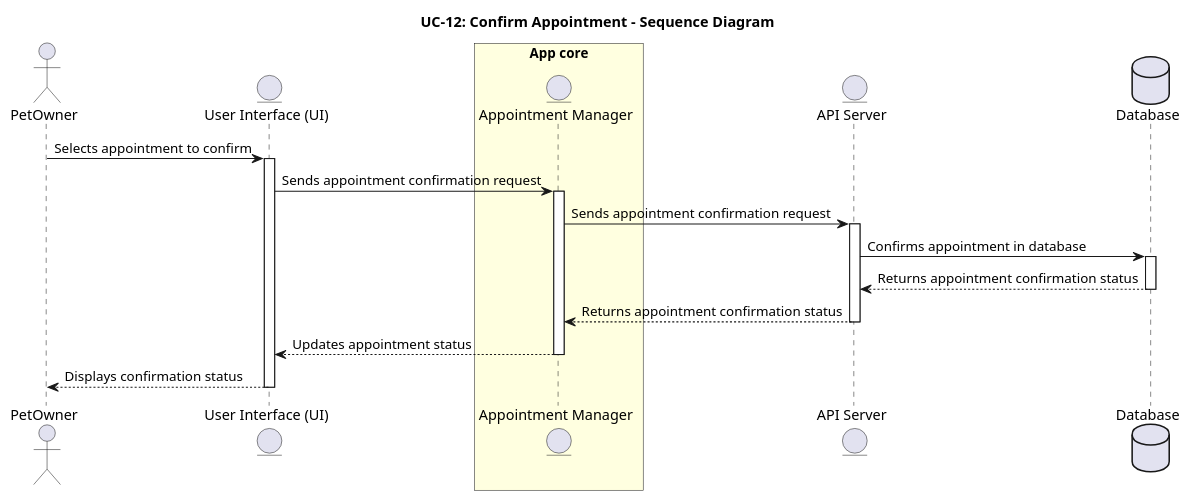
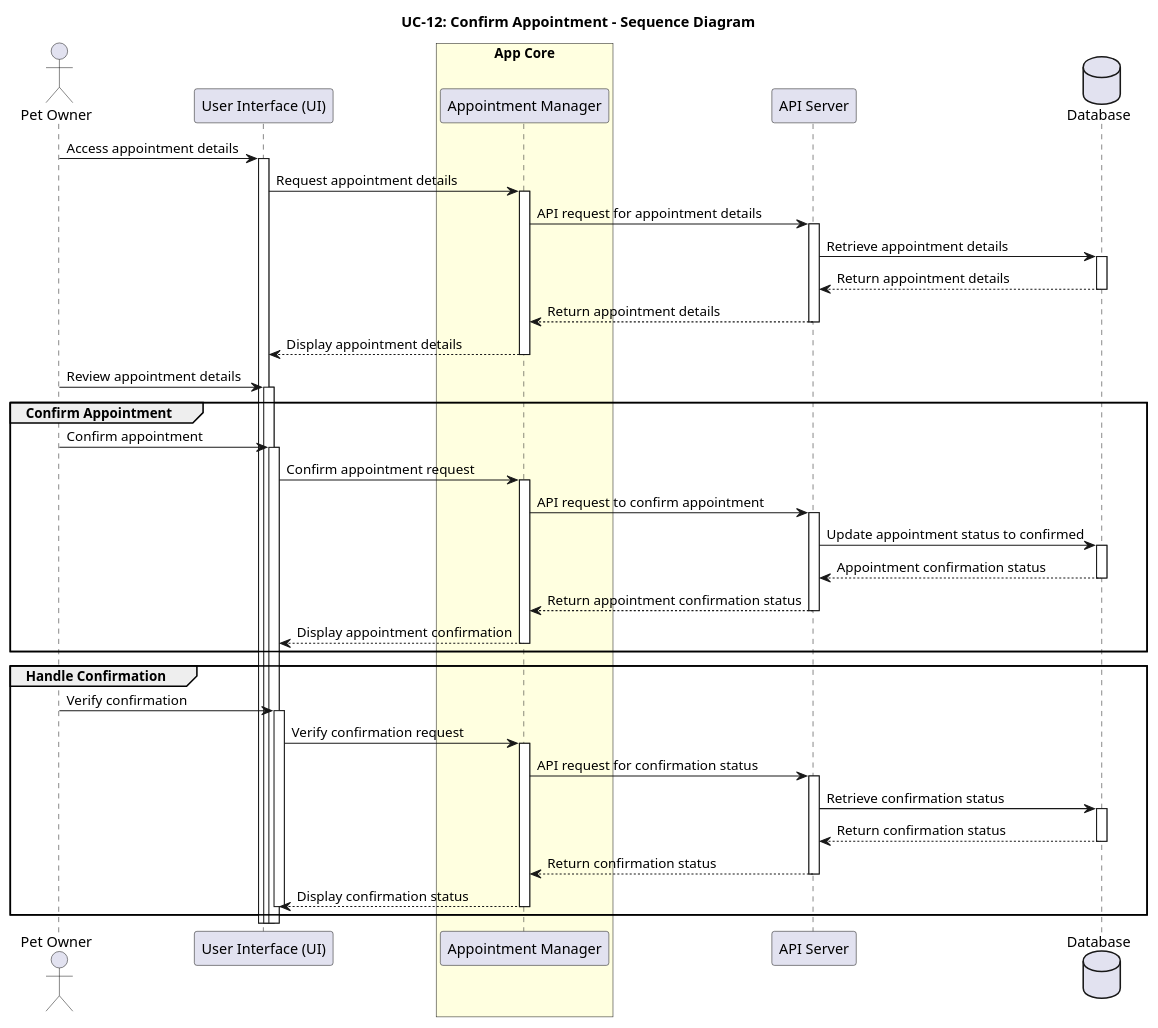
Before and after one commit to IrenePorta/PetSitters: the diagram in Documents/PlantUML/UC-12_SEQUENCE_Diagram.puml, drawn with PlantUML.

```diff
--- a/Documents/PlantUML/UC-12_SEQUENCE_Diagram.puml
+++ b/Documents/PlantUML/UC-12_SEQUENCE_Diagram.puml
@@ -1,35 +1,63 @@
 @startuml
 title: UC-12: Confirm Appointment - Sequence Diagram
-actor PetOwner
-entity "User Interface (UI)" as UI
-box "App core" #LightYellow
-  entity "Appointment Manager" as AppCore
+actor "Pet Owner" as owner
+participant "User Interface (UI)" as ui
+box "App Core" #LightYellow
+  participant "Appointment Manager" as core
 end box
-entity "API Server" as API
-database "Database" as DB
+participant "API Server" as server
+database "Database" as db
 
-PetOwner -> UI : Selects appointment to confirm
-activate UI
+owner -> ui: Access appointment details
+activate ui
+ui -> core: Request appointment details
+activate core
+core -> server: API request for appointment details
+activate server
+server -> db: Retrieve appointment details
+activate db
+db --> server: Return appointment details
+deactivate db
+server --> core: Return appointment details
+deactivate server
+core --> ui: Display appointment details
+deactivate core
+owner -> ui: Review appointment details
+activate ui
 
-UI -> AppCore : Sends appointment confirmation request
-activate AppCore
+group Confirm Appointment
+    owner -> ui: Confirm appointment
+    activate ui
+    ui -> core: Confirm appointment request
+    activate core
+    core -> server: API request to confirm appointment
+    activate server
+    server -> db: Update appointment status to confirmed
+    activate db
+    db --> server: Appointment confirmation status
+    deactivate db
+    server --> core: Return appointment confirmation status
+    deactivate server
+    core --> ui: Display appointment confirmation
+    deactivate core
+end group
 
-AppCore -> API : Sends appointment confirmation request
-activate API
-
-API -> DB : Confirms appointment in database
-activate DB
-
-DB --> API : Returns appointment confirmation status
-deactivate DB
-
-API --> AppCore : Returns appointment confirmation status
-deactivate API
-
-AppCore --> UI : Updates appointment status
-deactivate AppCore
-
-UI --> PetOwner : Displays confirmation status
-deactivate UI
+group Handle Confirmation
+    owner -> ui: Verify confirmation
+    activate ui
+    ui -> core: Verify confirmation request
+    activate core
+    core -> server: API request for confirmation status
+    activate server
+    server -> db: Retrieve confirmation status
+    activate db
+    db --> server: Return confirmation status
+    deactivate db
+    server --> core: Return confirmation status
+    deactivate server
+    core --> ui: Display confirmation status
+    deactivate core
+    deactivate ui
+end group
 
 @enduml
```
